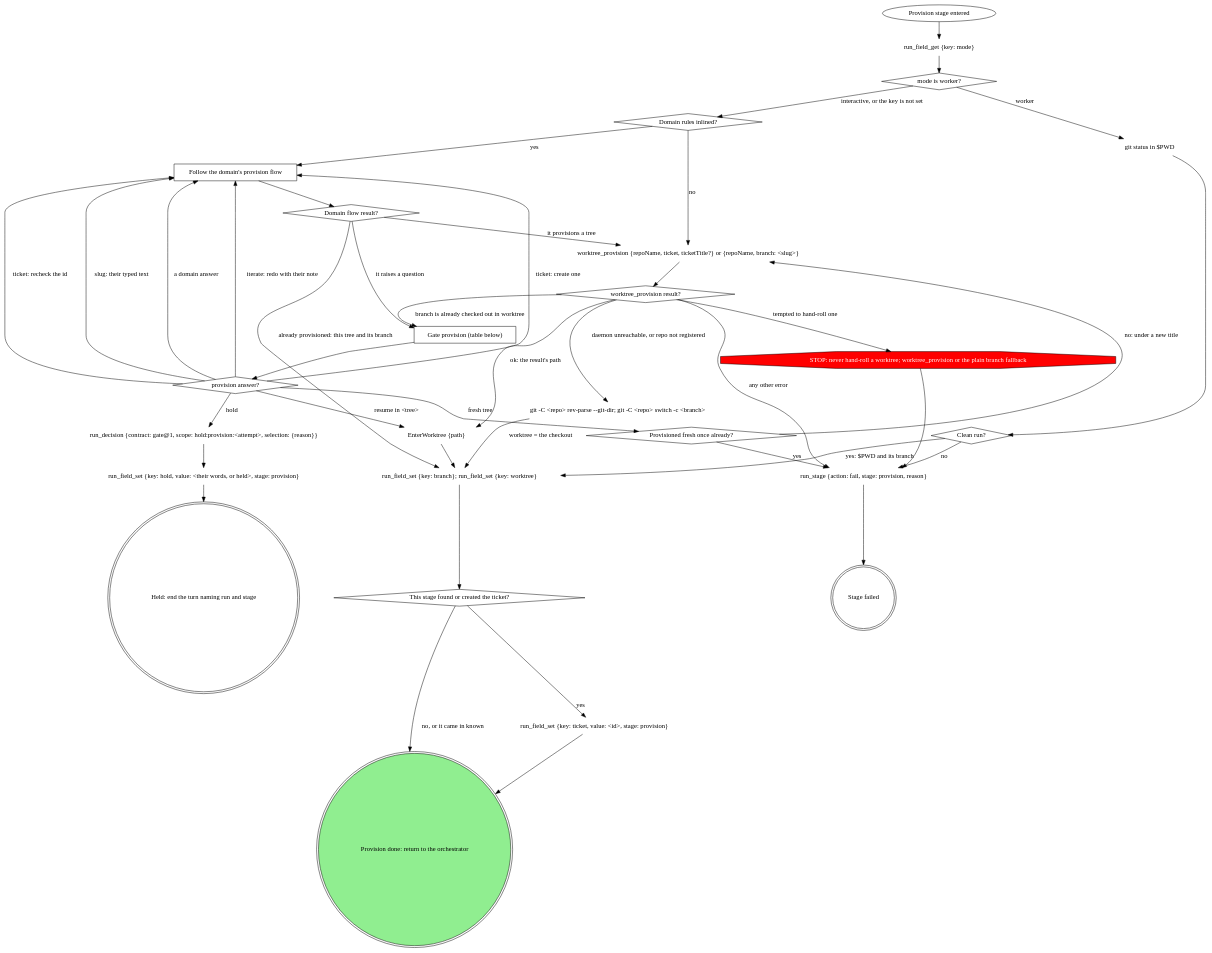
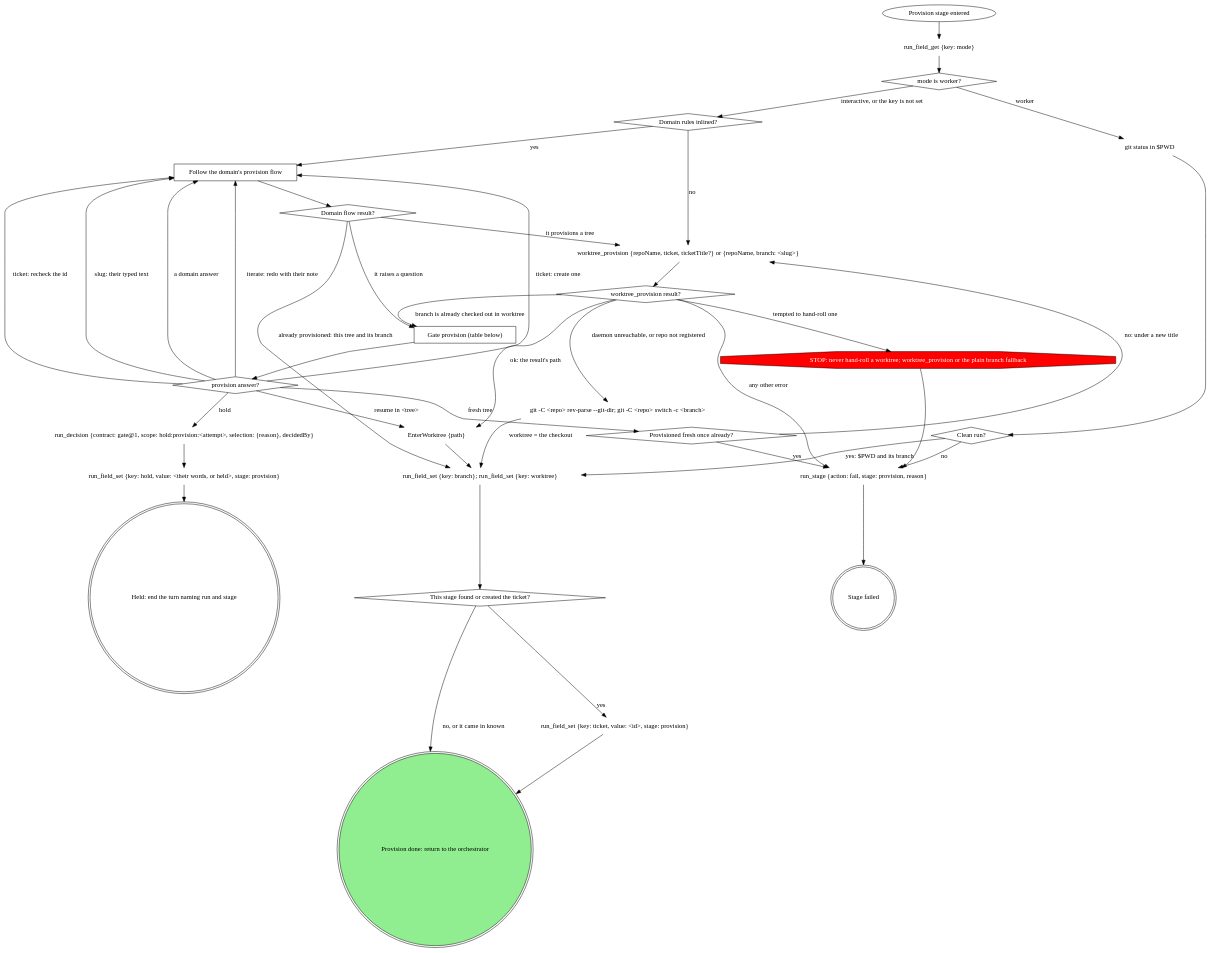
The diagram in attachments/pipeline/stage-provision/SKILL.md (m4ttstack/skills), drawn with Graphviz before and after one commit. The commit also changed 5 other files, not shown here.

First line of the commit message:
work, stages: gate endings, Hold decidedBy, ship STOP routing (RT-343)

````diff
--- a/attachments/pipeline/stage-provision/SKILL.md
+++ b/attachments/pipeline/stage-provision/SKILL.md
@@ -24,72 +24,72 @@
 ```dot
 digraph provision {
     rankdir=TB;
 
     "Provision stage entered" [shape=ellipse];
     "run_field_get {key: mode}" [shape=plaintext];
     "mode is worker?" [shape=diamond];
     "git status in $PWD" [shape=plaintext];
     "Clean run?" [shape=diamond];
     "Domain rules inlined?" [shape=diamond];
     "Follow the domain's provision flow" [shape=box];
     "Domain flow result?" [shape=diamond];
     "worktree_provision {repoName, ticket, ticketTitle?} or {repoName, branch: <slug>}" [shape=plaintext];
     "worktree_provision result?" [shape=diamond];
     "EnterWorktree {path}" [shape=plaintext];
     "Gate provision (table below)" [shape=box];
     "provision answer?" [shape=diamond];
     "Provisioned fresh once already?" [shape=diamond];
     "git -C <repo> rev-parse --git-dir; git -C <repo> switch -c <branch>" [shape=plaintext];
     "STOP: never hand-roll a worktree; worktree_provision or the plain branch fallback" [shape=octagon style=filled fillcolor=red fontcolor=white];
     "run_field_set {key: branch}; run_field_set {key: worktree}" [shape=plaintext];
     "This stage found or created the ticket?" [shape=diamond];
     "run_field_set {key: ticket, value: <id>, stage: provision}" [shape=plaintext];
     "run_stage {action: fail, stage: provision, reason}" [shape=plaintext];
-    "run_decision {contract: gate@1, scope: hold:provision:<attempt>, selection: {reason}}" [shape=plaintext];
+    "run_decision {contract: gate@1, scope: hold:provision:<attempt>, selection: {reason}, decidedBy}" [shape=plaintext];
     "run_field_set {key: hold, value: <their words, or held>, stage: provision}" [shape=plaintext];
     "Held: end the turn naming run and stage" [shape=doublecircle];
     "Stage failed" [shape=doublecircle];
     "Provision done: return to the orchestrator" [shape=doublecircle style=filled fillcolor=lightgreen];
 
     "Provision stage entered" -> "run_field_get {key: mode}";
     "run_field_get {key: mode}" -> "mode is worker?";
     "mode is worker?" -> "git status in $PWD" [label="worker"];
     "mode is worker?" -> "Domain rules inlined?" [label="interactive, or the key is not set"];
     "git status in $PWD" -> "Clean run?";
     "Clean run?" -> "run_field_set {key: branch}; run_field_set {key: worktree}" [label="yes: $PWD and its branch"];
     "Clean run?" -> "run_stage {action: fail, stage: provision, reason}" [label="no"];
     "Domain rules inlined?" -> "Follow the domain's provision flow" [label="yes"];
     "Domain rules inlined?" -> "worktree_provision {repoName, ticket, ticketTitle?} or {repoName, branch: <slug>}" [label="no"];
     "Follow the domain's provision flow" -> "Domain flow result?";
     "Domain flow result?" -> "worktree_provision {repoName, ticket, ticketTitle?} or {repoName, branch: <slug>}" [label="it provisions a tree"];
     "Domain flow result?" -> "Gate provision (table below)" [label="it raises a question"];
     "Domain flow result?" -> "run_field_set {key: branch}; run_field_set {key: worktree}" [label="already provisioned: this tree and its branch"];
     "worktree_provision {repoName, ticket, ticketTitle?} or {repoName, branch: <slug>}" -> "worktree_provision result?";
     "worktree_provision result?" -> "EnterWorktree {path}" [label="ok: the result's path"];
     "worktree_provision result?" -> "Gate provision (table below)" [label="branch is already checked out in worktree"];
     "worktree_provision result?" -> "git -C <repo> rev-parse --git-dir; git -C <repo> switch -c <branch>" [label="daemon unreachable, or repo not registered"];
     "worktree_provision result?" -> "run_stage {action: fail, stage: provision, reason}" [label="any other error"];
     "worktree_provision result?" -> "STOP: never hand-roll a worktree; worktree_provision or the plain branch fallback" [label="tempted to hand-roll one"];
     "STOP: never hand-roll a worktree; worktree_provision or the plain branch fallback" -> "run_stage {action: fail, stage: provision, reason}";
     "git -C <repo> rev-parse --git-dir; git -C <repo> switch -c <branch>" -> "run_field_set {key: branch}; run_field_set {key: worktree}" [label="worktree = the checkout"];
     "EnterWorktree {path}" -> "run_field_set {key: branch}; run_field_set {key: worktree}";
     "Gate provision (table below)" -> "provision answer?";
     "provision answer?" -> "EnterWorktree {path}" [label="resume in <tree>"];
     "provision answer?" -> "Provisioned fresh once already?" [label="fresh tree"];
     "provision answer?" -> "Follow the domain's provision flow" [label="ticket: create one"];
     "provision answer?" -> "Follow the domain's provision flow" [label="ticket: recheck the id"];
     "provision answer?" -> "Follow the domain's provision flow" [label="slug: their typed text"];
     "provision answer?" -> "Follow the domain's provision flow" [label="a domain answer"];
     "provision answer?" -> "Follow the domain's provision flow" [label="iterate: redo with their note"];
-    "provision answer?" -> "run_decision {contract: gate@1, scope: hold:provision:<attempt>, selection: {reason}}" [label="hold"];
-    "run_decision {contract: gate@1, scope: hold:provision:<attempt>, selection: {reason}}" -> "run_field_set {key: hold, value: <their words, or held>, stage: provision}";
+    "provision answer?" -> "run_decision {contract: gate@1, scope: hold:provision:<attempt>, selection: {reason}, decidedBy}" [label="hold"];
+    "run_decision {contract: gate@1, scope: hold:provision:<attempt>, selection: {reason}, decidedBy}" -> "run_field_set {key: hold, value: <their words, or held>, stage: provision}";
     "run_field_set {key: hold, value: <their words, or held>, stage: provision}" -> "Held: end the turn naming run and stage";
     "Provisioned fresh once already?" -> "worktree_provision {repoName, ticket, ticketTitle?} or {repoName, branch: <slug>}" [label="no: under a new title"];
     "Provisioned fresh once already?" -> "run_stage {action: fail, stage: provision, reason}" [label="yes"];
     "run_field_set {key: branch}; run_field_set {key: worktree}" -> "This stage found or created the ticket?";
     "This stage found or created the ticket?" -> "run_field_set {key: ticket, value: <id>, stage: provision}" [label="yes"];
     "This stage found or created the ticket?" -> "Provision done: return to the orchestrator" [label="no, or it came in known"];
     "run_field_set {key: ticket, value: <id>, stage: provision}" -> "Provision done: return to the orchestrator";
     "run_stage {action: fail, stage: provision, reason}" -> "Stage failed";
 }
 ```
````
